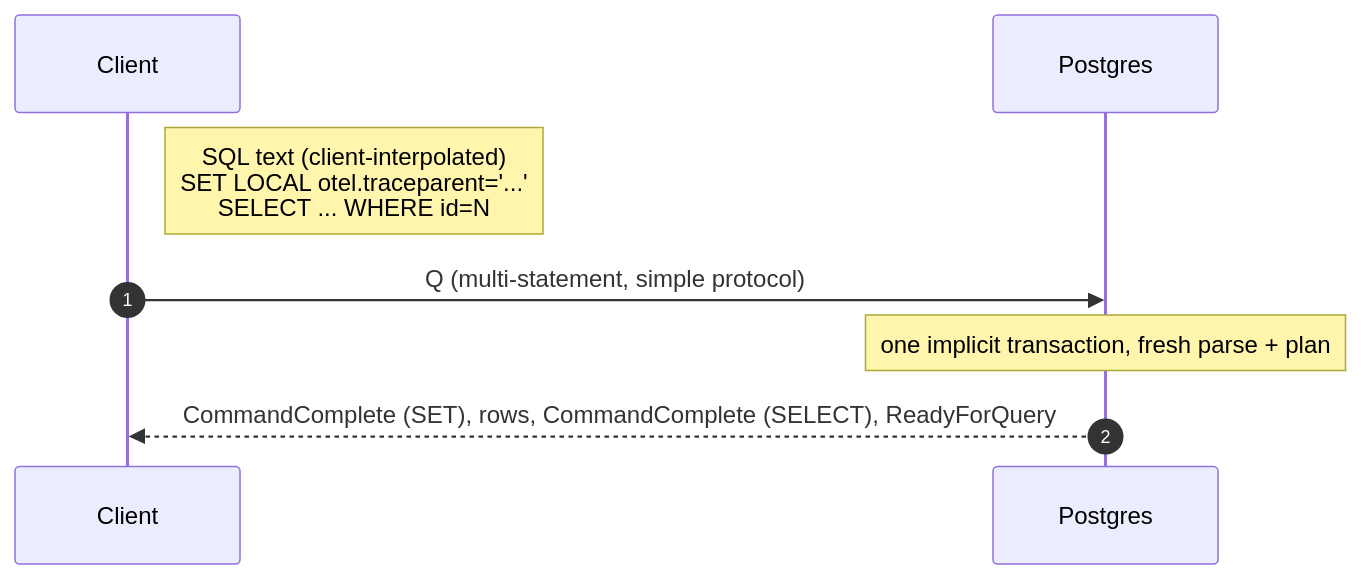
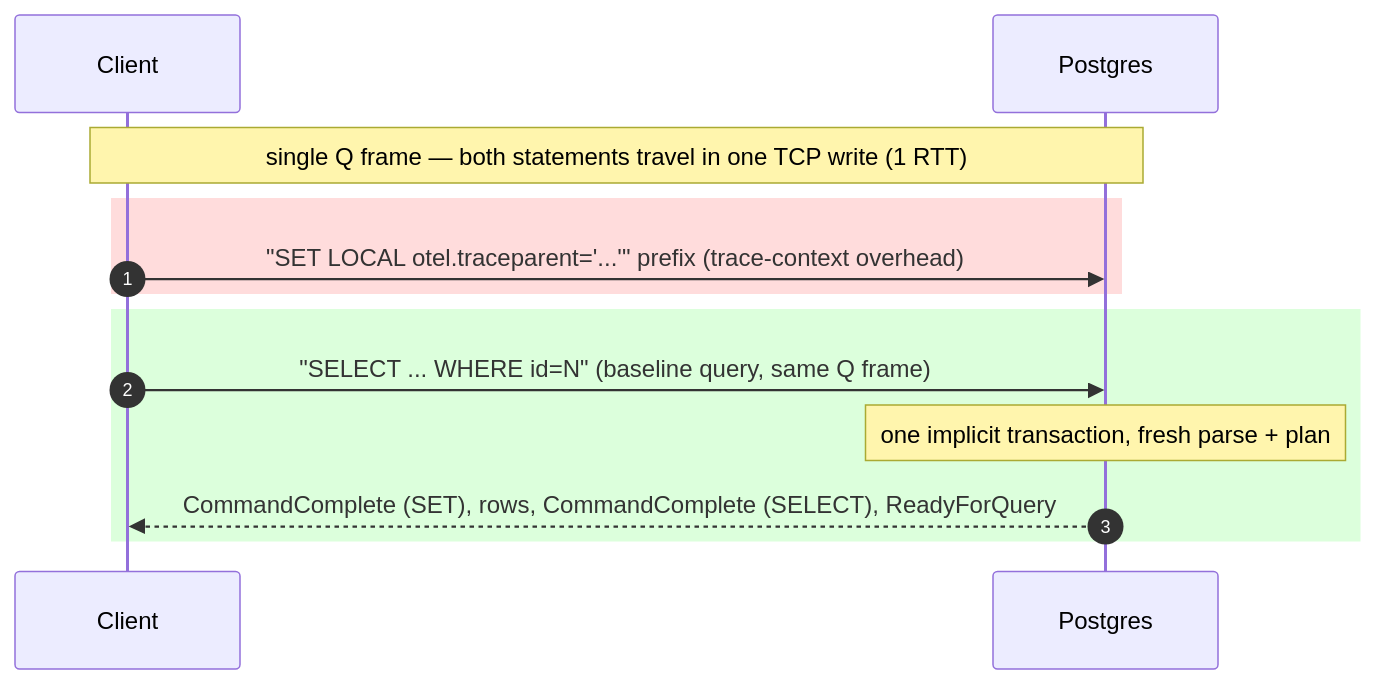
The third of 6 diagrams in README.md (ringerc/postgres_otel_tracing_bench), drawn with Mermaid before and after one commit. The commit also changed other lines of this file, not shown here.

First line of the commit message:
README: colour-code overhead vs baseline in sequence diagrams; fix libpq claim

````diff
--- a/README.md
+++ b/README.md
@@ -194,10 +213,15 @@
 ```mermaid
 sequenceDiagram
     autonumber
     participant C as Client
     participant S as Postgres
-    Note right of C: SQL text (client-interpolated)<br/>SET LOCAL otel.traceparent='...'<br/>SELECT ... WHERE id=N
-    C->>S: Q (multi-statement, simple protocol)
+    Note over C,S: single Q frame — both statements travel in one TCP write (1 RTT)
+    rect rgb(255,220,220)
+    C->>S: "SET LOCAL otel.traceparent='...'" prefix (trace-context overhead)
+    end
+    rect rgb(220,255,220)
+    C->>S: "SELECT ... WHERE id=N" (baseline query, same Q frame)
     Note over S: one implicit transaction, fresh parse + plan
     S-->>C: CommandComplete (SET), rows, CommandComplete (SELECT), ReadyForQuery
+    end
 ```
````
